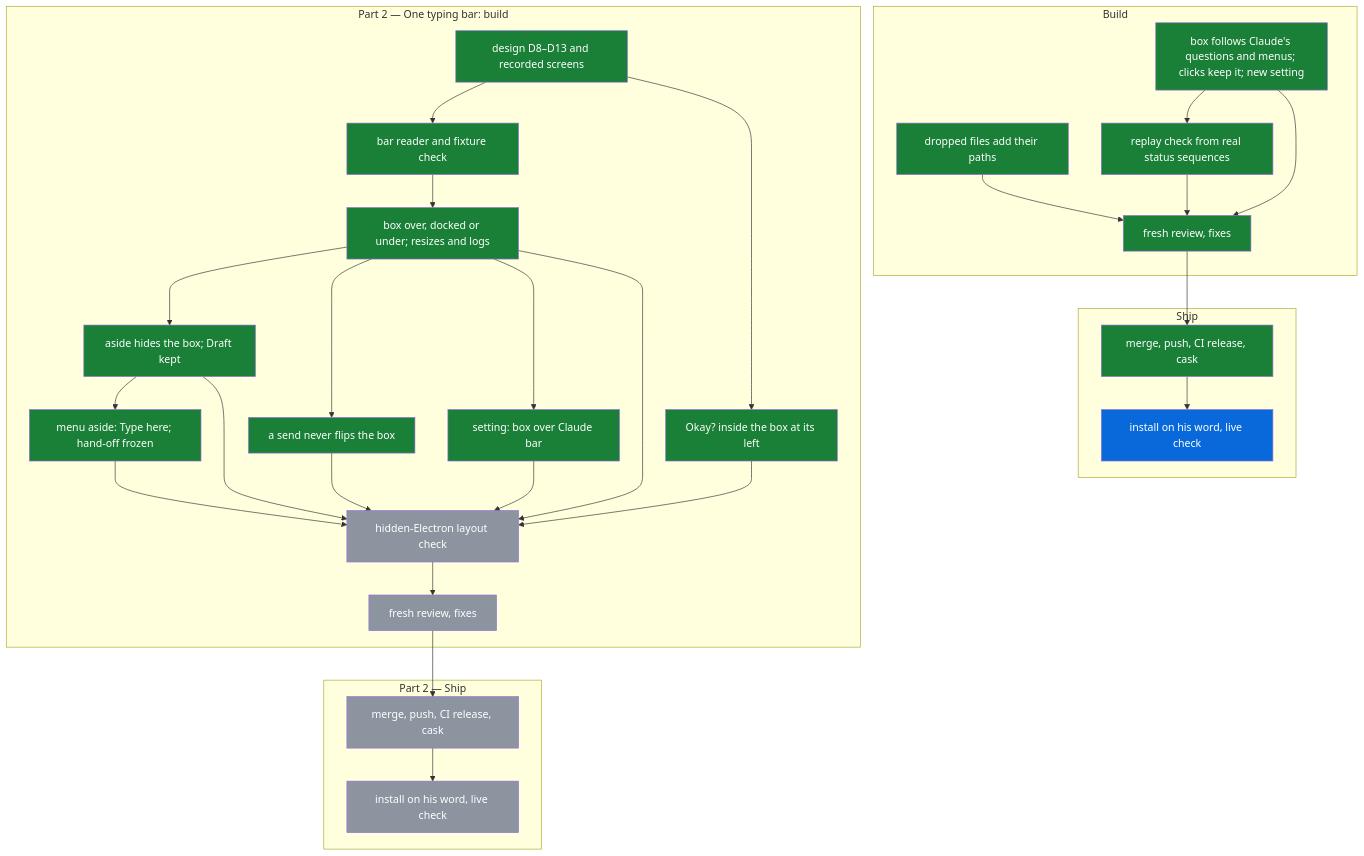
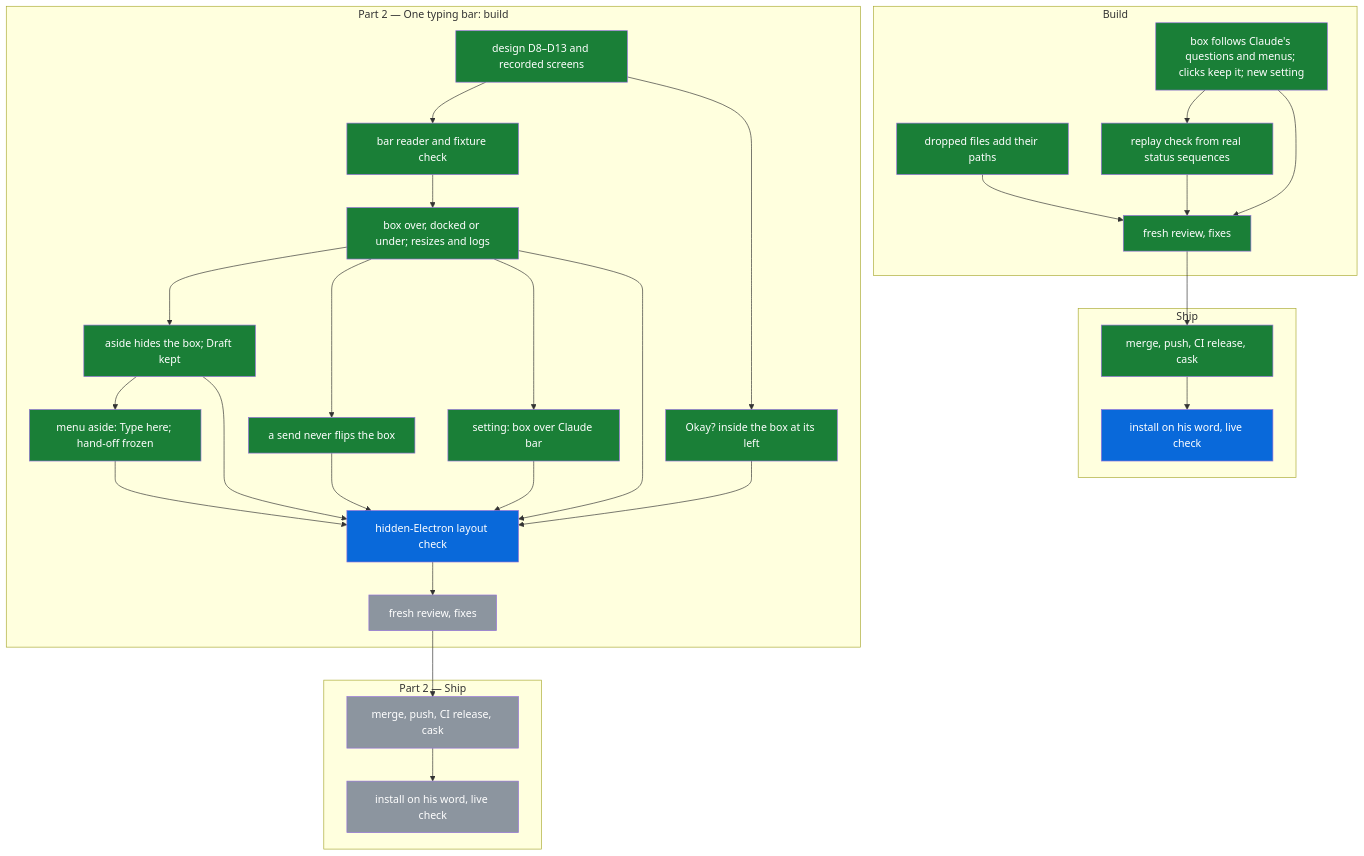
One commit to michaeljryoung/patton changed the diagram in docs/compose-box.md. Above: the diagram before and after it, drawn with Mermaid. The commit also changed other lines of this file, not shown here.

Commit message:
Compose box map: aside_fixes evidence path, layout check under way (S58)

````diff
--- a/docs/compose-box.md
+++ b/docs/compose-box.md
@@ -11,57 +11,57 @@
 ```mermaid
 flowchart TD
   subgraph B["Build"]
     box_core[box follows Claude's questions and menus; clicks keep it; new setting]:::done
     box_drop[dropped files add their paths]:::done
     box_replay[replay check from real status sequences]:::done
     box_review[fresh review, fixes]:::done
   end
   subgraph S["Ship"]
     box_release[merge, push, CI release, cask]:::done
     box_ship[install on his word, live check]:::live
   end
   subgraph O["Part 2 — One typing bar: build"]
     bar_design[design D8–D13 and recorded screens]:::done
     bar_reader[bar reader and fixture check]:::done
     bar_placement[box over, docked or under; resizes and logs]:::done
     send_no_flip[a send never flips the box]:::done
     bar_aside[aside hides the box; Draft kept]:::done
     aside_fixes[menu aside: Type here; hand-off frozen]:::done
     okay_in_box[Okay? inside the box at its left]:::done
     over_setting[setting: box over Claude bar]:::done
-    bar_layout_check[hidden-Electron layout check]:::todo
+    bar_layout_check[hidden-Electron layout check]:::live
     bar_review[fresh review, fixes]:::todo
   end
   subgraph OS["Part 2 — Ship"]
     bar_release[merge, push, CI release, cask]:::todo
     bar_ship[install on his word, live check]:::todo
   end
   box_core --> box_replay
   box_core --> box_review
   box_drop --> box_review
   box_replay --> box_review
   box_review --> box_release
   box_release --> box_ship
   bar_design --> bar_reader
   bar_reader --> bar_placement
   bar_placement --> bar_aside
   bar_aside --> aside_fixes
   aside_fixes --> bar_layout_check
   bar_placement --> send_no_flip
   send_no_flip --> bar_layout_check
   bar_design --> okay_in_box
   bar_placement --> over_setting
   bar_placement --> bar_layout_check
   bar_aside --> bar_layout_check
   okay_in_box --> bar_layout_check
   over_setting --> bar_layout_check
   bar_layout_check --> bar_review
   bar_review --> bar_release
   bar_release --> bar_ship
   classDef done fill:#1a7f37,color:#fff
   classDef live fill:#0969da,color:#fff
   classDef todo fill:#8c959f,color:#fff
   classDef blocked fill:#cf222e,color:#fff
   classDef dropped fill:#eaeef2,color:#57606a
   classDef superseded fill:#eaeef2,color:#57606a
 ```
````
